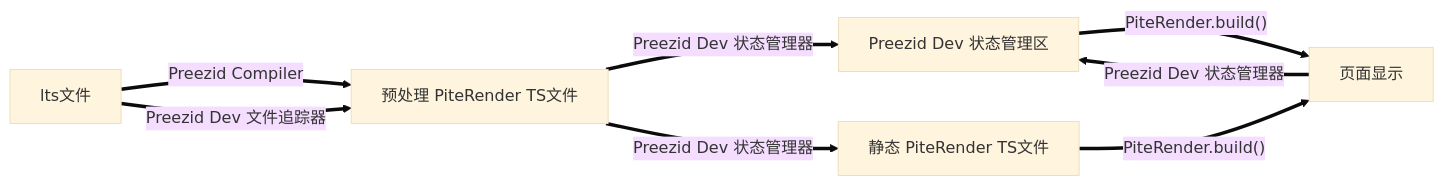
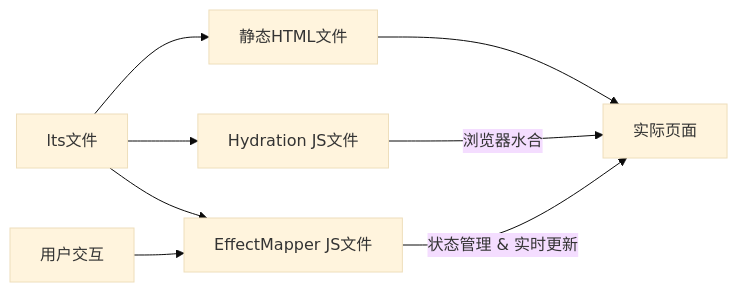
One commit to Twisuki/preezid changed the first of 3 diagrams in docs/5-runtime/5.2-reactivity.md. Above: the diagram before and after it, drawn with Mermaid (base theme). The commit also changed other lines of this file and 3 other files, not shown here.

````diff
--- a/docs/5-runtime/5.2-reactivity.md
+++ b/docs/5-runtime/5.2-reactivity.md
@@ -125,14 +130,8 @@
 ```mermaid
 flowchart LR
-  A["lts文件"]
-  B["预处理 PiteRender TS文件"]
-  C1["Preezid Dev 状态管理区"]
-  C2["静态 PiteRender TS文件"]
-  D["页面显示"]
-  
-  A == "Preezid Compiler" ==> B
-  A == "Preezid Dev 文件追踪器" ==> B
-  B == "Preezid Dev 状态管理器" ==> C1 & C2
-  C1 & C2 == "PiteRender.build()" ==> D
-  D == "Preezid Dev 状态管理器" ==> C1
+    A["lts文件"] --> B["静态HTML文件"] & C["Hydration JS文件"] & D["EffectMapper JS文件"]
+    B --> E["实际页面"]
+    C -- "浏览器水合" --> E
+    D -- "状态管理 & 实时更新" --> E
+    F["用户交互"] --> D
 ```
````
